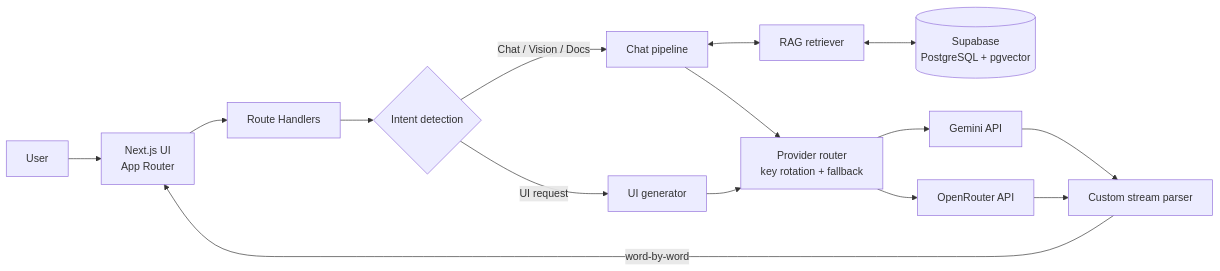
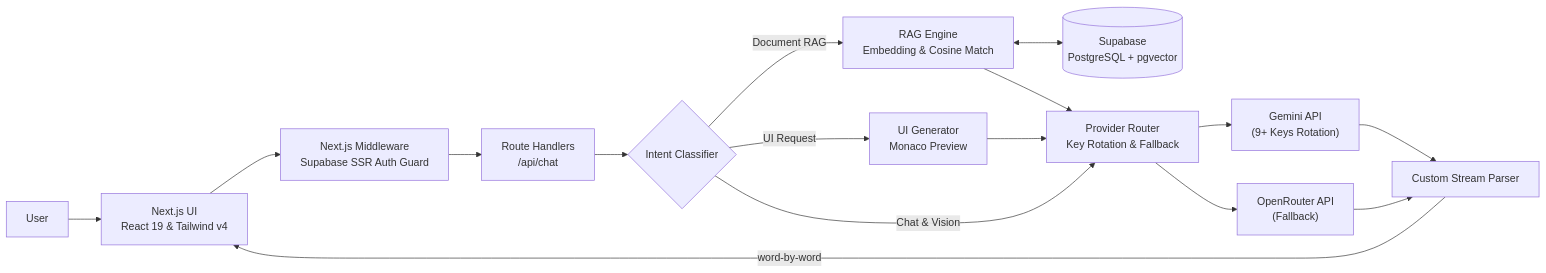
The first of 2 diagrams in README.md (Gbrnd-ux/chat-app), drawn with Mermaid before and after one commit. The commit also changed other lines of this file, not shown here.

````diff
--- a/README.md
+++ b/README.md
@@ -115,17 +126,23 @@
 ```mermaid
 flowchart LR
-  U["User"] --> UI["Next.js UI<br/>App Router"]
-  UI --> API["Route Handlers"]
-  API --> INTENT{"Intent detection"}
-  INTENT -->|"UI request"| UIG["UI generator"]
-  INTENT -->|"Chat / Vision / Docs"| CHAT["Chat pipeline"]
-  CHAT <--> RAG["RAG retriever"]
+  U["User"] --> UI["Next.js UI<br/>React 19 & Tailwind v4"]
+  UI --> MW["Next.js Middleware<br/>Supabase SSR Auth Guard"]
+  MW --> API["Route Handlers<br/>/api/chat"]
+  API --> INTENT{"Intent Classifier"}
+  
+  INTENT -->|"Document RAG"| RAG["RAG Engine<br/>Embedding & Cosine Match"]
   RAG <--> DB[("Supabase<br/>PostgreSQL + pgvector")]
-  CHAT --> ROUTER["Provider router<br/>key rotation + fallback"]
+  
+  INTENT -->|"UI Request"| UIG["UI Generator<br/>Monaco Preview"]
+  INTENT -->|"Chat & Vision"| ROUTER["Provider Router<br/>Key Rotation & Fallback"]
+  
+  RAG --> ROUTER
   UIG --> ROUTER
-  ROUTER --> G["Gemini API"]
-  ROUTER --> O["OpenRouter API"]
-  G --> PARSER["Custom stream parser"]
-  O --> PARSER
-  PARSER -->|"word-by-word"| UI
+  
+  ROUTER --> G["Gemini API<br/>(9+ Keys Rotation)"]
+  ROUTER --> O["OpenRouter API<br/>(Fallback)"]
+  
+  G --> STREAM["Custom Stream Parser"]
+  O --> STREAM
+  STREAM -->|"word-by-word"| UI
 ```
````
